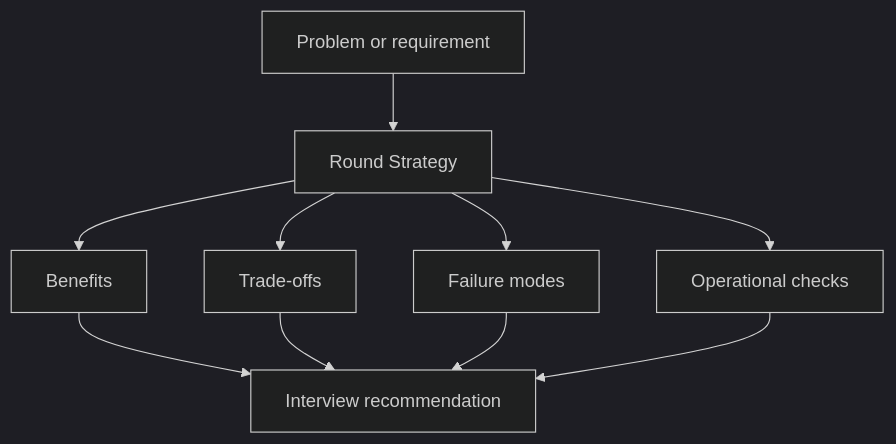
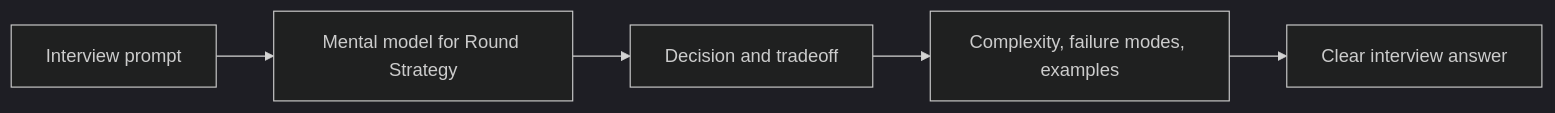
Before and after one commit to abstractinterviews/abstractinterviews.github.io: the diagram in interview/round-strategy/index.md, drawn with Mermaid (dark theme). The commit also changed other lines of this file and 278 other files, not shown here.

````diff
--- a/interview/round-strategy/index.md
+++ b/interview/round-strategy/index.md
@@ -134,12 +126,7 @@
-~~~mermaid
-flowchart TD
-    Problem["Problem or requirement"] --> Concept["Round Strategy"]
-    Concept --> Benefits["Benefits"]
-    Concept --> Tradeoffs["Trade-offs"]
-    Concept --> FailureModes["Failure modes"]
-    Concept --> Operations["Operational checks"]
-    Benefits --> Decision["Interview recommendation"]
-    Tradeoffs --> Decision
-    FailureModes --> Decision
-    Operations --> Decision
-~~~
+```mermaid
+flowchart LR
+    Problem["Interview prompt"] --> Model["Mental model for Round Strategy"]
+    Model --> Choice["Decision and tradeoff"]
+    Choice --> Evidence["Complexity, failure modes, examples"]
+    Evidence --> Answer["Clear interview answer"]
+```
````
